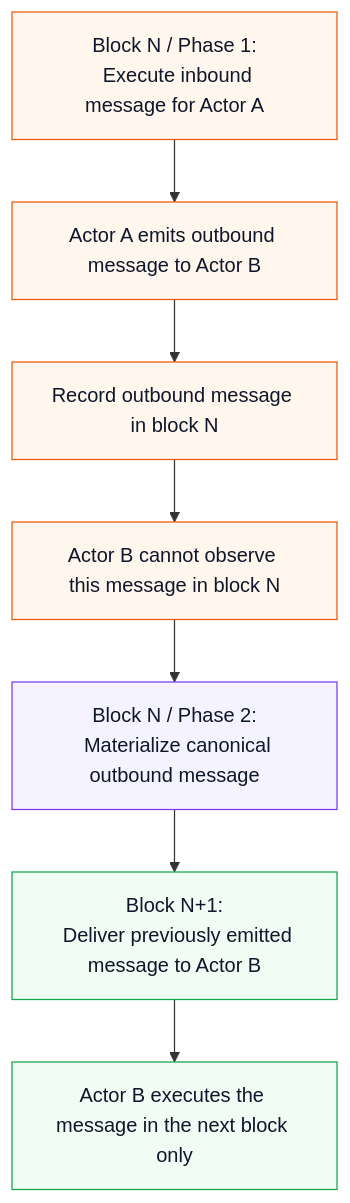
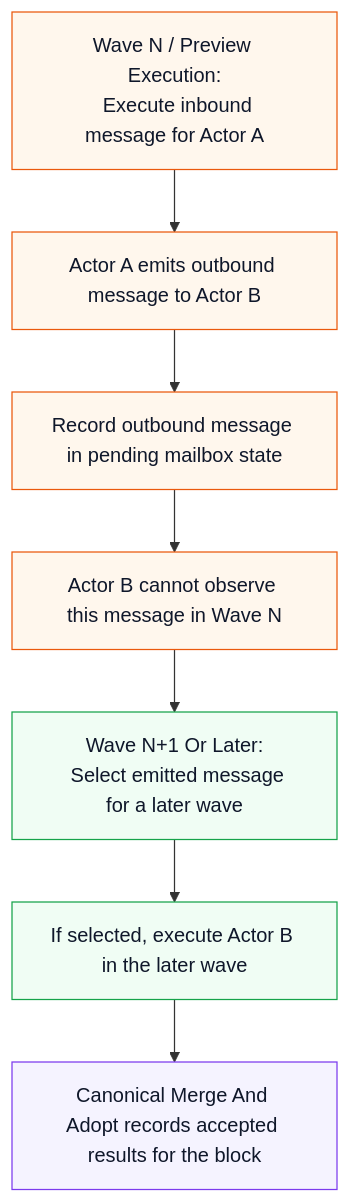
Before and after one commit to tosnetwork/tos: the third of 5 diagrams in doc/actor-v3.md, drawn with Mermaid. The commit also changed other lines of this file and 1 other file, not shown here.

Commit message:
Align actor docs with admission and wave execution

````diff
--- a/doc/actor-v3.md
+++ b/doc/actor-v3.md
@@ -1255,23 +1311,22 @@
 ```mermaid
 flowchart TD
-  N1["Block N / Phase 1:
+  N1["Wave N / Preview Execution:
   Execute inbound message for Actor A"]
   N2["Actor A emits outbound message to Actor B"]
-  N3["Record outbound message in block N"]
-  N4["Actor B cannot observe this message in block N"]
-  N5["Block N / Phase 2:
-  Materialize canonical outbound message"]
-  N6["Block N+1:
-  Deliver previously emitted message to Actor B"]
-  N7["Actor B executes the message in the next block only"]
+  N3["Record outbound message in pending mailbox state"]
+  N4["Actor B cannot observe this message in Wave N"]
+  N5["Wave N+1 Or Later:
+  Select emitted message for a later wave"]
+  N6["If selected, execute Actor B in the later wave"]
+  N7["Canonical Merge And Adopt records accepted results for the block"]
 
   N1 --> N2 --> N3 --> N4 --> N5 --> N6 --> N7
 
   classDef phase1 fill:#fff7ed,stroke:#ea580c,color:#0f172a,stroke-width:1px;
   classDef phase2 fill:#f5f3ff,stroke:#7c3aed,color:#0f172a,stroke-width:1px;
   classDef nextblock fill:#f0fdf4,stroke:#16a34a,color:#0f172a,stroke-width:1px;
 
   class N1,N2,N3,N4 phase1;
-  class N5 phase2;
-  class N6,N7 nextblock;
+  class N5,N6 nextblock;
+  class N7 phase2;
 ```
````
